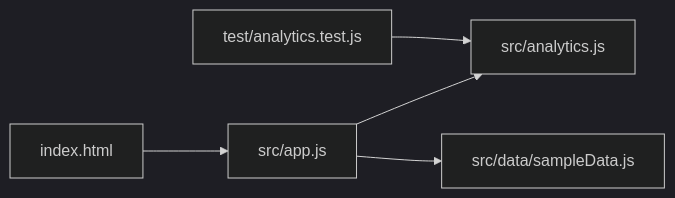
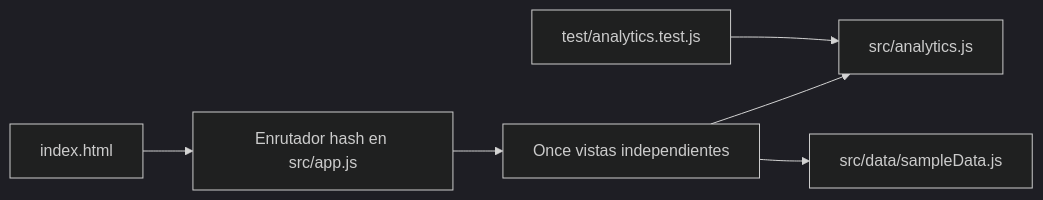
One commit to TheKnight2122/social-audit-pro changed the second of 2 diagrams in docs/07-arquitectura.md. Above: the diagram before and after it, drawn with Mermaid (dark theme). The commit also changed other lines of this file and 13 other files, not shown here.

Commit message:
docs: registrar avance de vistas independientes

````diff
--- a/docs/07-arquitectura.md
+++ b/docs/07-arquitectura.md
@@ -53,7 +53,8 @@
 ```mermaid
 flowchart LR
-    HTML[index.html] --> APP[src/app.js]
-    APP --> ANALYTICS[src/analytics.js]
-    APP --> DATA[src/data/sampleData.js]
+    HTML[index.html] --> ROUTER[Enrutador hash en src/app.js]
+    ROUTER --> VIEWS[Once vistas independientes]
+    VIEWS --> ANALYTICS[src/analytics.js]
+    VIEWS --> DATA[src/data/sampleData.js]
     TEST[test/analytics.test.js] --> ANALYTICS
 ```
````
